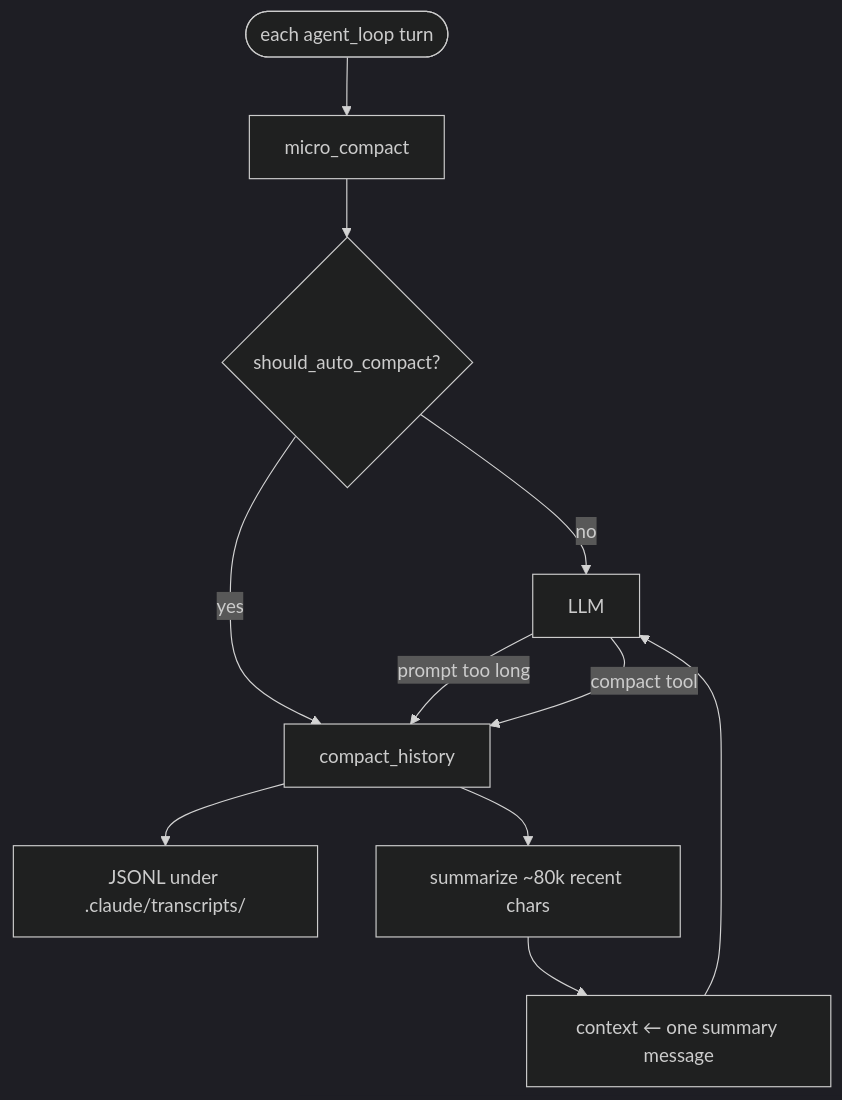
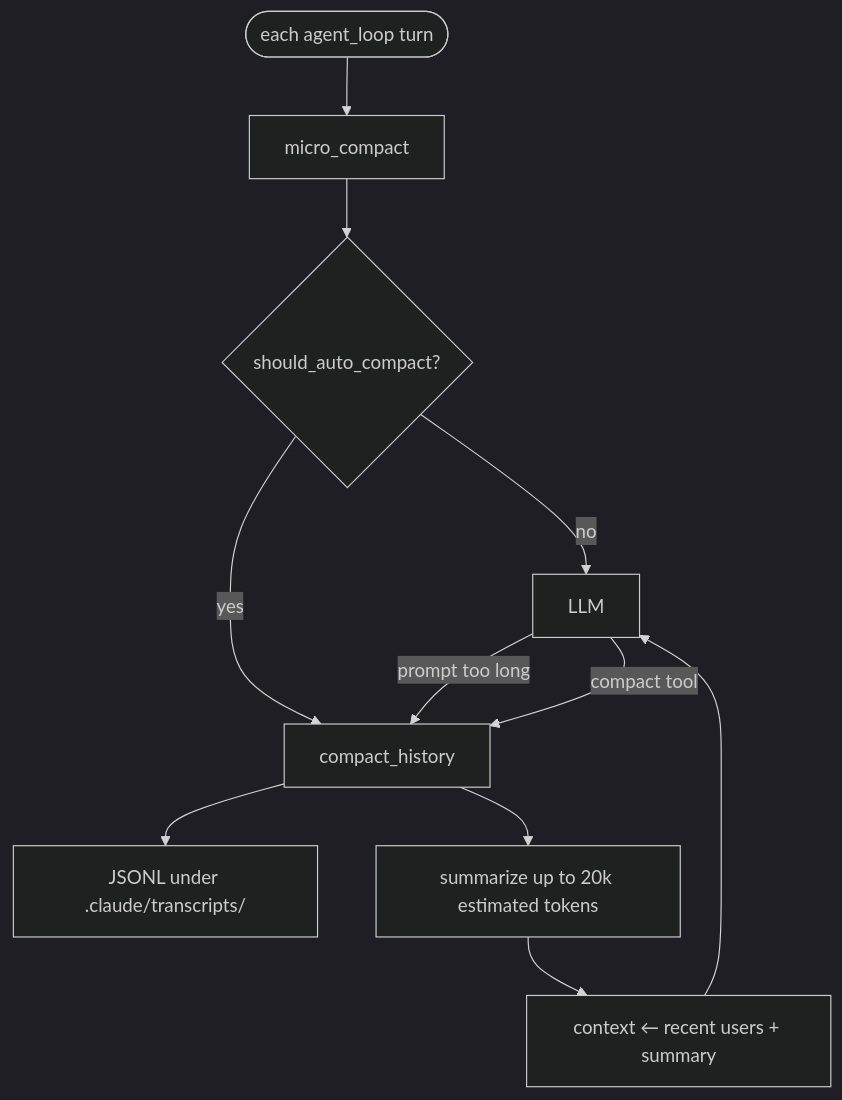
The diagram in docs/compaction.md (rust-infra/tact), drawn with Mermaid (dark theme) before and after one commit. The commit also changed other lines of this file and 5 other files, not shown here.

````diff
--- a/docs/compaction.md
+++ b/docs/compaction.md
@@ -13,13 +13,13 @@
 ```mermaid
 flowchart TB
     Turn([each agent_loop turn]) --> MC[micro_compact]
     MC --> Est{should_auto_compact?}
     Est -->|no| Prompt[LLM]
     Est -->|yes| CH[compact_history]
     Prompt -->|prompt too long| CH
     Prompt -->|compact tool| CH
     CH --> Transcript[JSONL under .claude/transcripts/]
-    CH --> Sum[summarize ~80k recent chars]
-    Sum --> Replace[context ← one summary message]
+    CH --> Sum[summarize up to 20k estimated tokens]
+    Sum --> Replace[context ← recent users + summary]
     Replace --> Prompt
 ```
````
